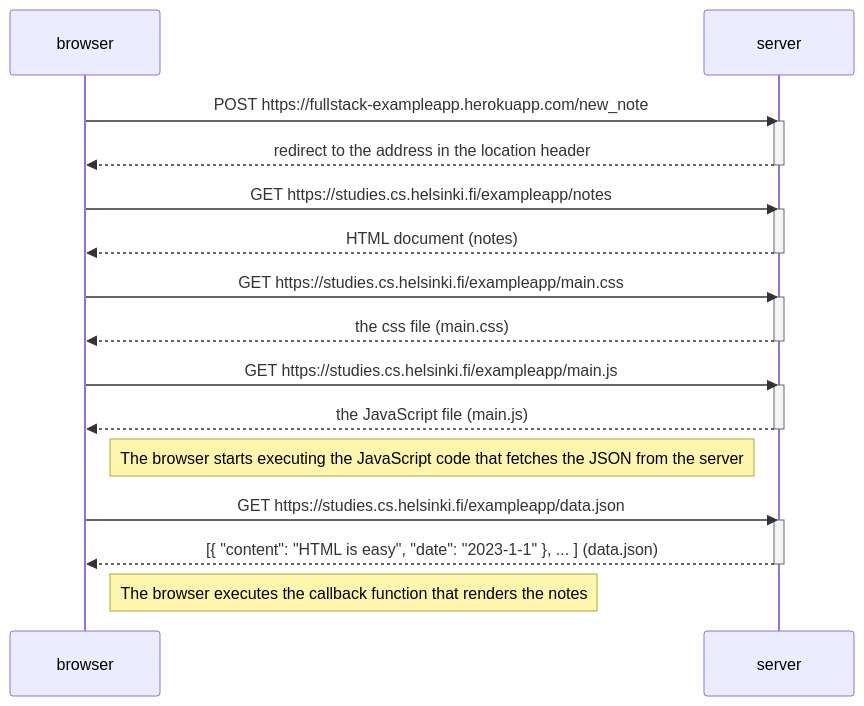
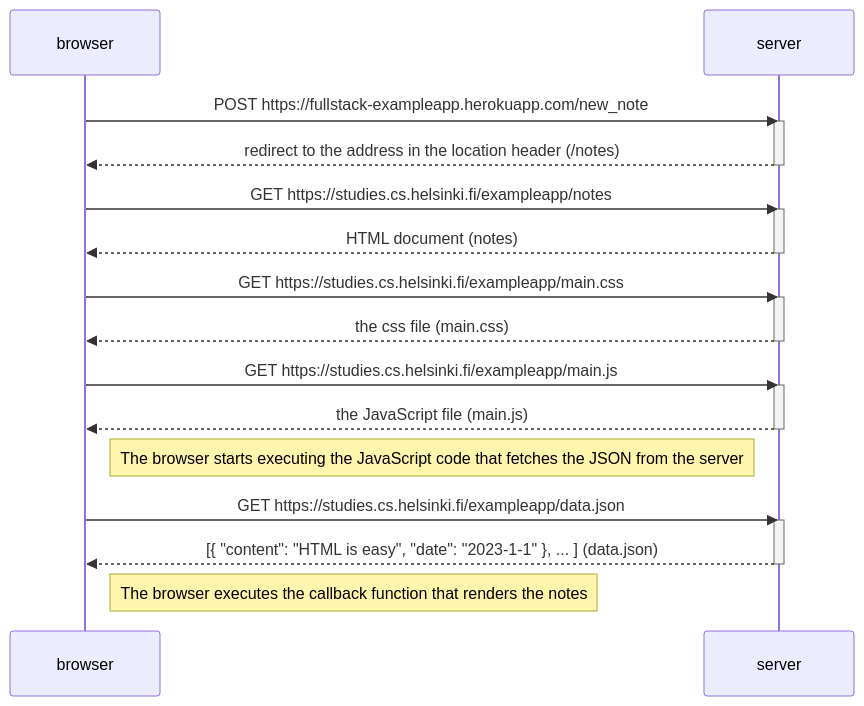
Before and after one commit to shimaarabeen/fullstackopen: the diagram in part0/0.4 New note diagram.md, drawn with Mermaid.

Commit message:
solving part0'

````diff
--- a/part0/0.4 New note diagram.md
+++ b/part0/0.4 New note diagram.md
@@ -1,35 +1,35 @@
 ```mermaid
 sequenceDiagram
     participant browser
     participant server
 
     browser->>server: POST https://fullstack-exampleapp.herokuapp.com/new_note
     activate server
-    server-->>browser: redirect to the address in the location header
+    server-->>browser: redirect to the address in the location header (/notes)
     deactivate server
 
     browser->>server: GET https://studies.cs.helsinki.fi/exampleapp/notes
     activate server
     server-->>browser: HTML document (notes)
     deactivate server
 
     browser->>server: GET https://studies.cs.helsinki.fi/exampleapp/main.css
     activate server
     server-->>browser: the css file (main.css)
     deactivate server
 
     browser->>server: GET https://studies.cs.helsinki.fi/exampleapp/main.js
     activate server
     server-->>browser: the JavaScript file (main.js)
     deactivate server
 
     Note right of browser: The browser starts executing the JavaScript code that fetches the JSON from the server
 
     browser->>server: GET https://studies.cs.helsinki.fi/exampleapp/data.json
 
     activate server
     server-->>browser: [{ "content": "HTML is easy", "date": "2023-1-1" }, ... ] (data.json)
     deactivate server
 
     Note right of browser: The browser executes the callback function that renders the notes
 ```
````
